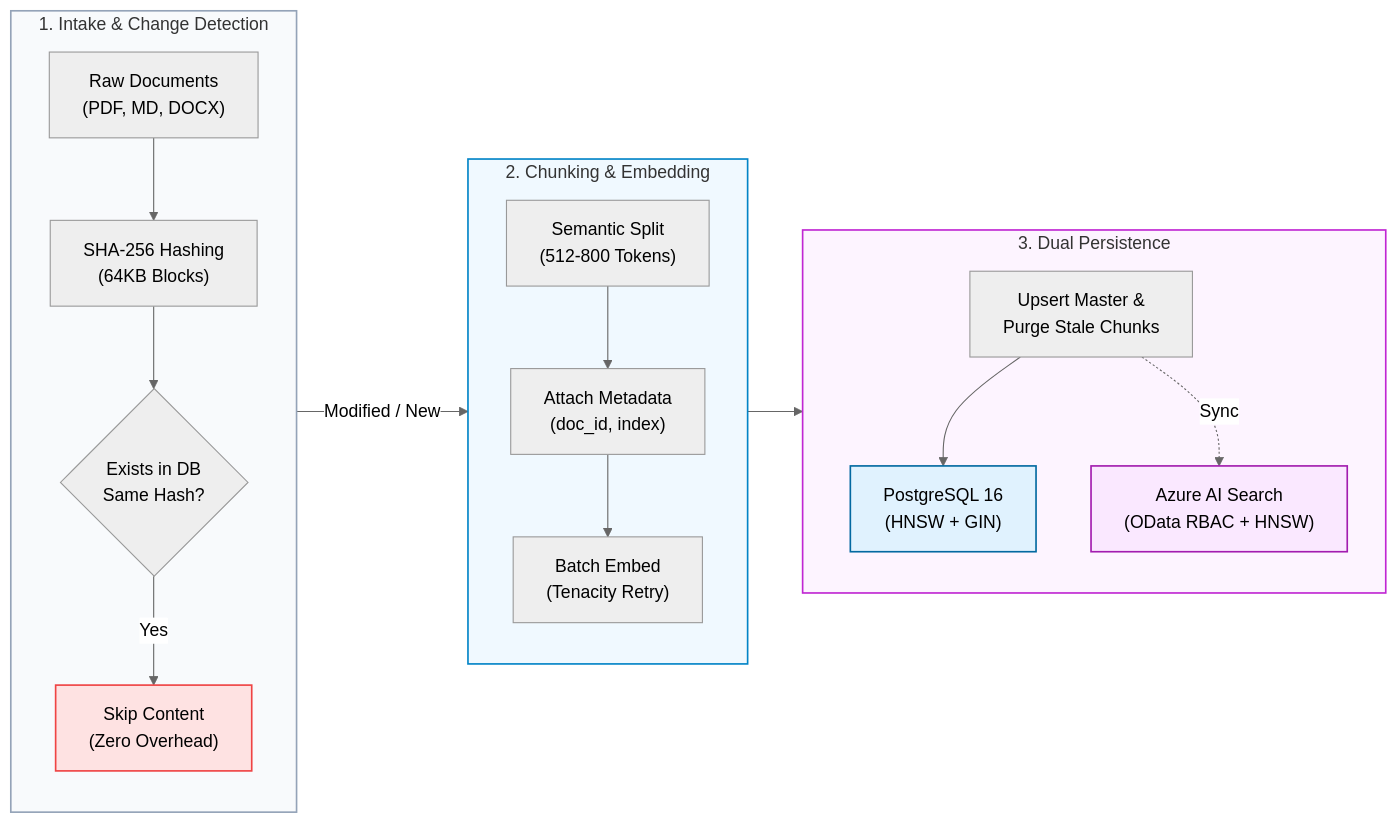
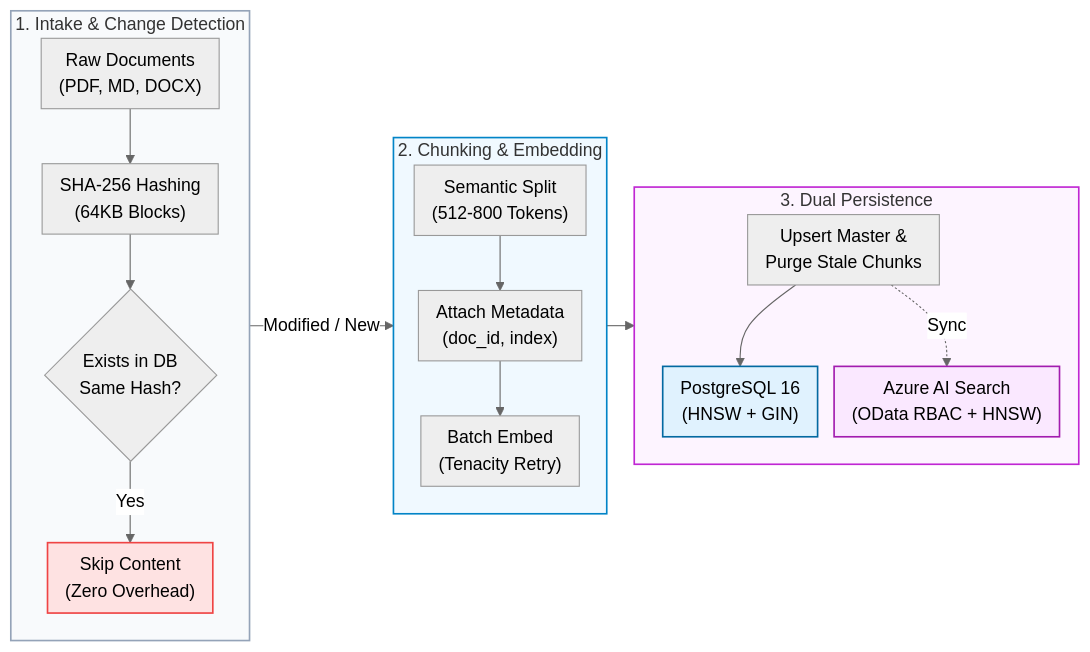
Before and after one commit to Kenono2000/enterprise-rag-pgvector-rbac: the fifth of 9 diagrams in README.md, drawn with Mermaid (neutral theme). The commit also changed other lines of this file, not shown here.

````diff
--- a/README.md
+++ b/README.md
@@ -292,42 +179,26 @@
 ```mermaid
+%%{init: {'flowchart': {'nodeSpacing': 15, 'rankSpacing': 25, 'padding': 8}}}%%
 flowchart LR
     subgraph Stage1 ["1. Intake & Change Detection"]
         direction TB
-        Raw["Raw Documents<br/>(PDF, MD, DOCX)"]
-        Hash["SHA-256 Hashing<br/>(64KB Blocks)"]
-        Check{"Exists in DB<br/>Same Hash?"}
-        Skip["Skip Content<br/>(Zero Overhead)"]
-        
-        Raw --> Hash --> Check
-        Check -->|Yes| Skip
+        Raw["Raw Documents<br/>(PDF, MD, DOCX)"] --> Hash["SHA-256 Hashing<br/>(64KB Blocks)"] --> Check{"Exists in DB<br/>Same Hash?"}
+        Check -->|Yes| Skip["Skip Content<br/>(Zero Overhead)"]
     end
-
     subgraph Stage2 ["2. Chunking & Embedding"]
         direction TB
-        Split["Semantic Split<br/>(512-800 Tokens)"]
-        Meta["Attach Metadata<br/>(doc_id, index)"]
-        Embed["Batch Embed<br/>(Tenacity Retry)"]
-        
-        Split --> Meta --> Embed
+        Split["Semantic Split<br/>(512-800 Tokens)"] --> Meta["Attach Metadata<br/>(doc_id, index)"] --> Embed["Batch Embed<br/>(Tenacity Retry)"]
     end
-
     subgraph Stage3 ["3. Dual Persistence"]
         direction TB
-        Master["Upsert Master &<br/>Purge Stale Chunks"]
-        PG["PostgreSQL 16<br/>(HNSW + GIN)"]
-        Azure["Azure AI Search<br/>(OData RBAC + HNSW)"]
-        
-        Master --> PG
-        Master -.->|Sync| Azure
+        Master["Upsert Master &<br/>Purge Stale Chunks"] --> PG["PostgreSQL 16<br/>(HNSW + GIN)"]
+        Master -.->|Sync| Azure["Azure AI Search<br/>(OData RBAC + HNSW)"]
     end
-
     Check -->|Modified / New| Split
     Embed --> Master
-
     style Stage1 fill:#f8fafc,stroke:#94a3b8,stroke-width:1.5px
     style Stage2 fill:#f0f9ff,stroke:#0284c7,stroke-width:1.5px
     style Stage3 fill:#fdf4ff,stroke:#c026d3,stroke-width:1.5px
     style Skip fill:#fee2e2,stroke:#ef4444,stroke-width:1.5px
     style PG fill:#e0f2fe,stroke:#0369a1,stroke-width:1.5px
     style Azure fill:#fae8ff,stroke:#a21caf,stroke-width:1.5px
 ```
````
